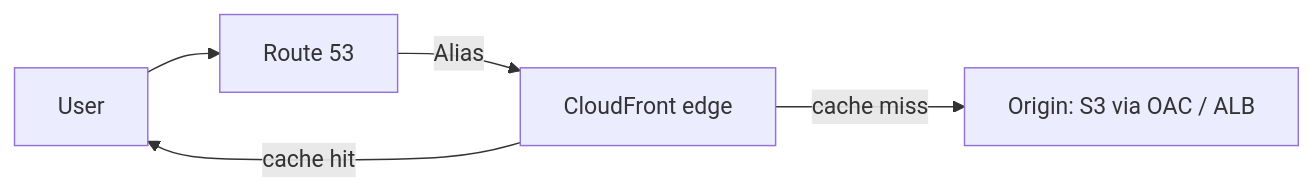
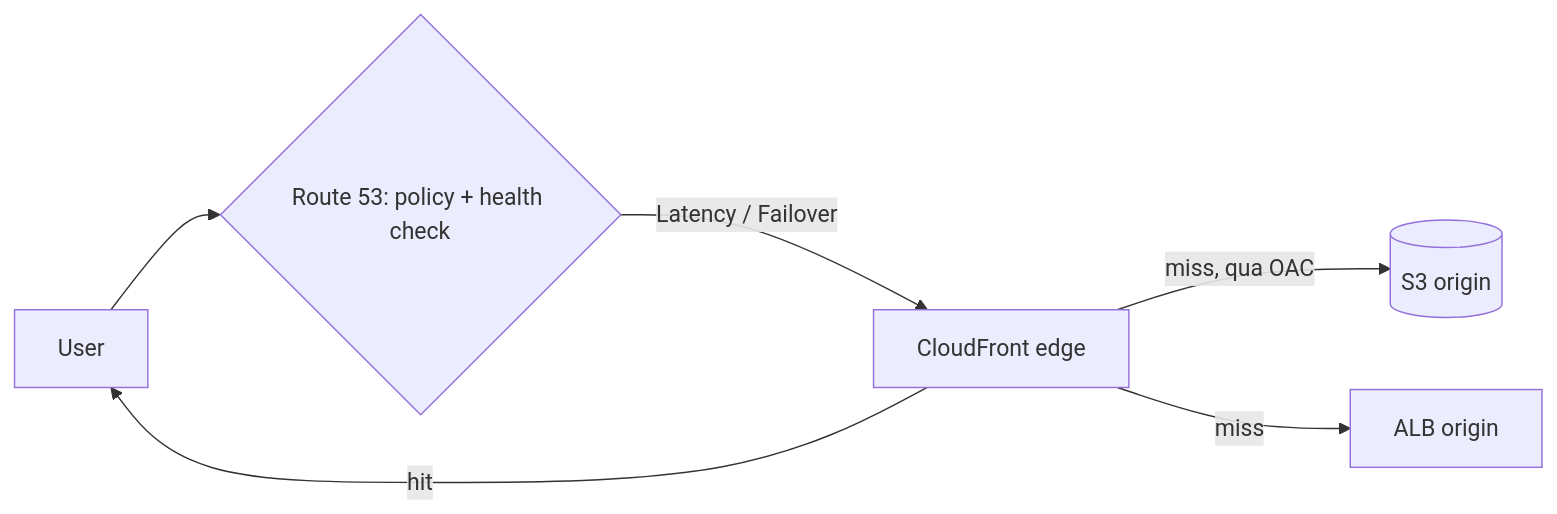
Before and after one commit to passion-Infinity/personal-tech-playbook: the diagram in src/assets/knowledge/playbooks/aws/route53-cloudfront.md, drawn with Mermaid. The commit also changed other lines of this file and 6 other files, not shown here.

First line of the commit message:
Deep-dive rewrite: EC2 networking/placement, VPC, ELB/ASG, RDS/Aurora, Route 53/CloudFront

````diff
--- a/src/assets/knowledge/playbooks/aws/route53-cloudfront.md
+++ b/src/assets/knowledge/playbooks/aws/route53-cloudfront.md
@@ -19,7 +30,8 @@
 ```mermaid
 flowchart LR
-    U[User] --> R53[Route 53]
-    R53 -->|Alias| CF[CloudFront edge]
-    CF -->|cache hit| U
-    CF -->|cache miss| O["Origin: S3 via OAC / ALB"]
+    U[User] --> R53{"Route 53: policy + health check"}
+    R53 -->|"Latency / Failover"| CF[CloudFront edge]
+    CF -->|hit| U
+    CF -->|"miss, qua OAC"| S3[(S3 origin)]
+    CF -->|miss| ALB[ALB origin]
 ```
````
